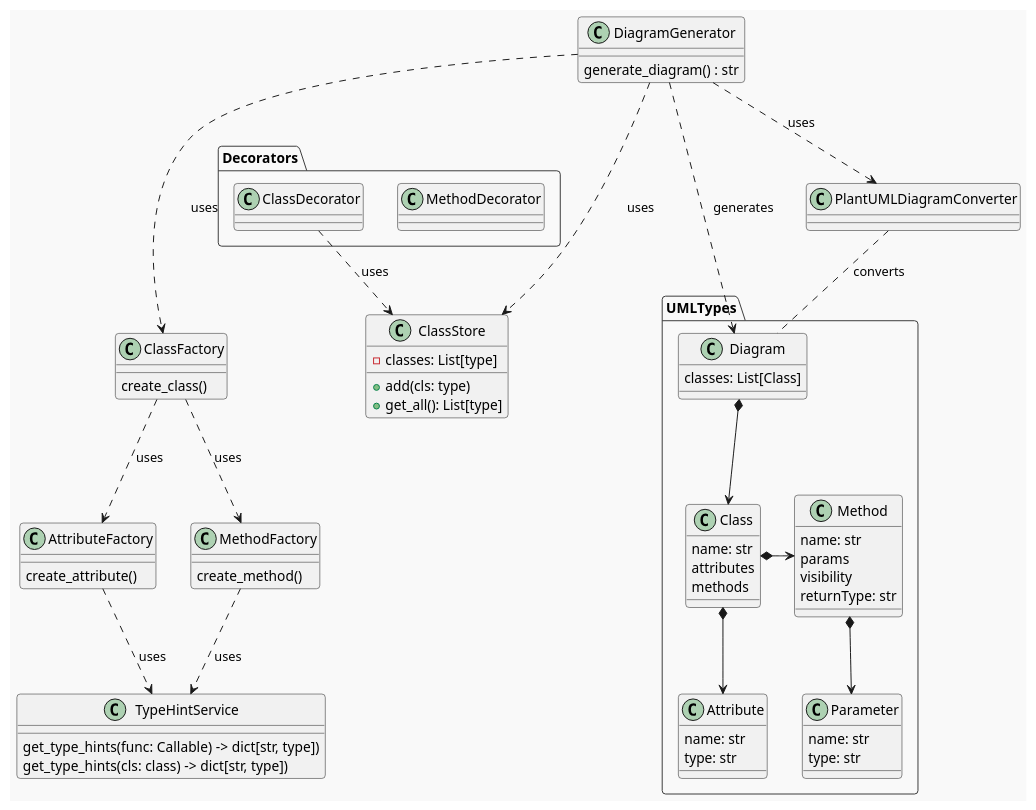
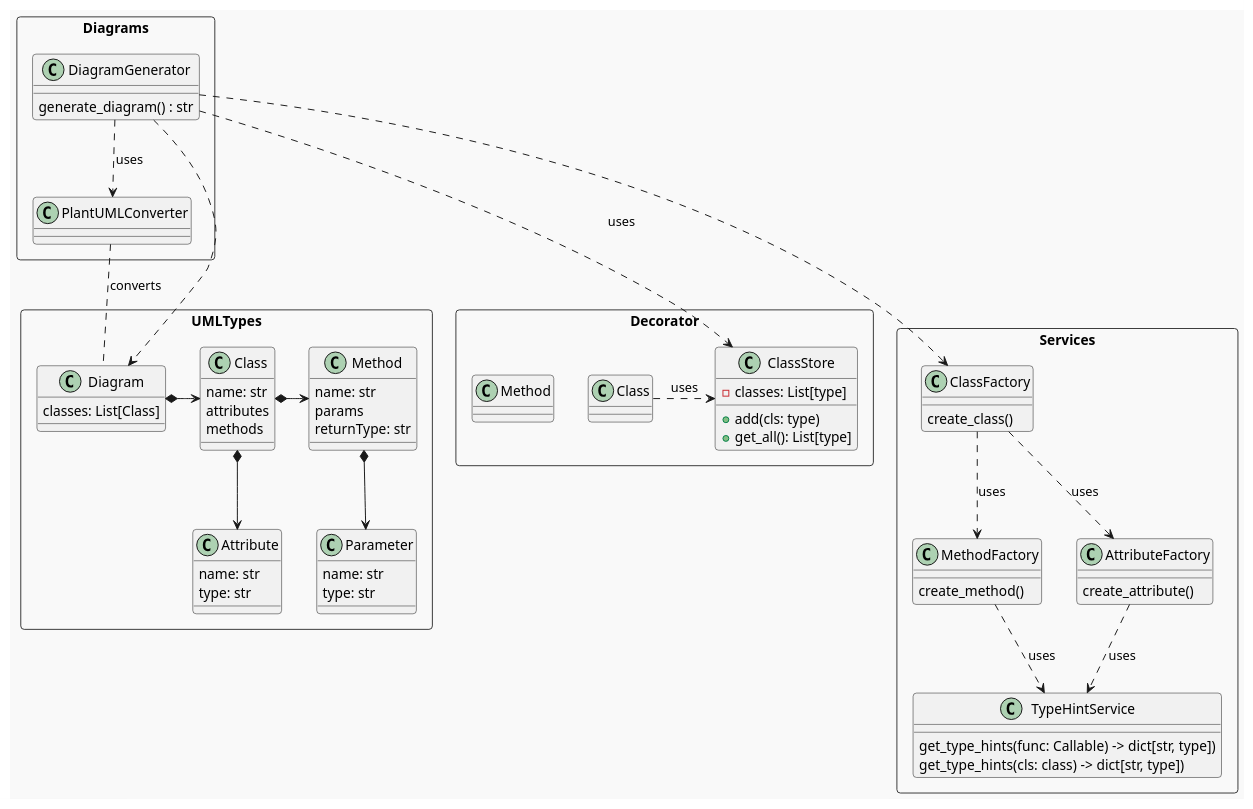
One commit to Softoft/pdgen changed the diagram in python-lib/docs/pdgen-simple-class.puml. Above: the diagram before and after it, drawn with PlantUML. The commit also changed 34 other files, not shown here.

Commit message:
added type_hints!

```diff
--- a/python-lib/docs/pdgen-simple-class.puml
+++ b/python-lib/docs/pdgen-simple-class.puml
@@ -1,90 +1,94 @@
 @startuml
 !theme mars
 
-package UMLTypes {
+rectangle UMLTypes {
     class Diagram{
         classes: List[Class]
     }
 
     class Class{
         name: str
         attributes
         methods
     }
     class Method{
         name: str
         params
-        visibility
         returnType: str
     }
 
     class Attribute{
         name: str
         type: str
     }
 
     class Parameter{
         name: str
         type: str
     }
 
 
     Class *-down-> Attribute
     Class *-> Method
     Method *-down-> Parameter
     Method -[hidden]right- Attribute
 
 
-    Diagram *--> Class
+    Diagram *-> Class
 }
-package Decorators{
-    class MethodDecorator{
+
+rectangle Decorator {
+    class Method{
     }
-    class ClassDecorator{
+    class Class{
+    }
+    class ClassStore {
+        - classes: List[type]
+        + add(cls: type)
+        + get_all(): List[type]
     }
 }
-class ClassStore {
-    - classes: List[type]
-    + add(cls: type)
-    + get_all(): List[type]
+
+
+Decorator.Class .> ClassStore: uses
+
+rectangle Services {
+    class TypeHintService{
+        get_type_hints(func: Callable) -> dict[str, type])
+        get_type_hints(cls: class) -> dict[str, type])
+    }
+
+    class MethodFactory{
+        create_method()
+    }
+
+    class AttributeFactory{
+        create_attribute()
+    }
+
+    class ClassFactory{
+        create_class()
+    }
+
+    ClassFactory ..> MethodFactory: uses
+    ClassFactory ..> AttributeFactory: uses
+
+    MethodFactory ..> TypeHintService: uses
+    AttributeFactory ..> TypeHintService: uses
 }
 
-ClassDecorator ..> ClassStore: uses
+rectangle Diagrams{
+    class DiagramGenerator {
+        generate_diagram() : str
+    }
 
-class TypeHintService{
-    get_type_hints(func: Callable) -> dict[str, type])
-    get_type_hints(cls: class) -> dict[str, type])
+    class PlantUMLConverter{
+    }
 }
 
-class MethodFactory{
-    create_method()
-}
-
-class AttributeFactory{
-    create_attribute()
-}
-
-class ClassFactory{
-    create_class()
-}
-
-ClassFactory ..> MethodFactory: uses
-ClassFactory ..> AttributeFactory: uses
-
-MethodFactory ..> TypeHintService: uses
-AttributeFactory ..> TypeHintService: uses
-
-
-class DiagramGenerator {
-    generate_diagram() : str
-}
-
-class PlantUMLDiagramConverter{
-}
-
-DiagramGenerator ...> ClassFactory: uses
+DiagramGenerator ...> ClassFactory
 DiagramGenerator ...> ClassStore: uses
-DiagramGenerator ..> Diagram: generates
-PlantUMLDiagramConverter .. Diagram: converts
-DiagramGenerator ..> PlantUMLDiagramConverter: uses
+DiagramGenerator ..> UMLTypes.Diagram
+PlantUMLConverter .. UMLTypes.Diagram: converts
+DiagramGenerator ..> PlantUMLConverter: uses
 @enduml
```
